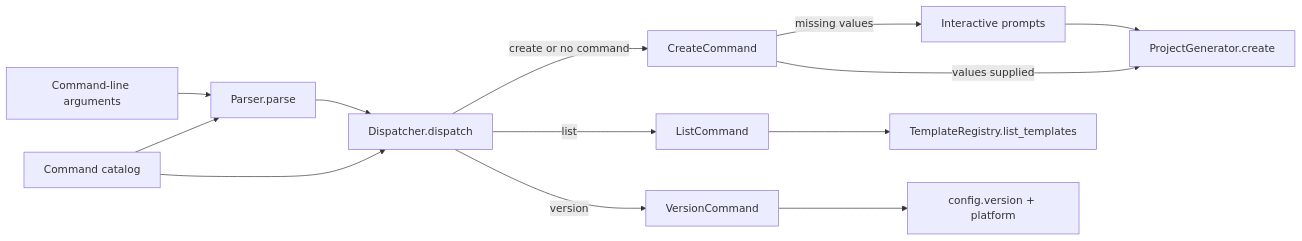
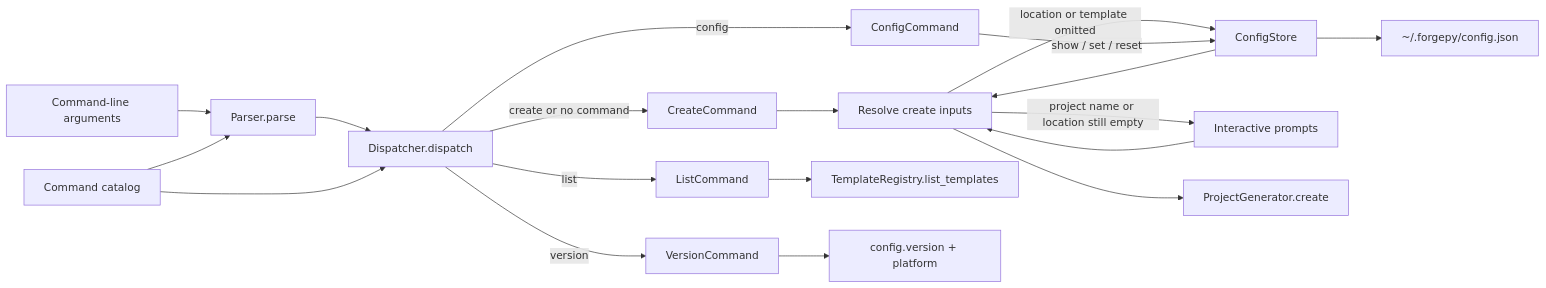
The third of 4 diagrams in ARCHITECTURE.md (rendyzou89/ForgePy), drawn with Mermaid before and after one commit. The commit also changed other lines of this file and 14 other files, not shown here.

Commit message:
feat(config): add persistent user configuration

````diff
--- a/ARCHITECTURE.md
+++ b/ARCHITECTURE.md
@@ -127,15 +168,21 @@
 ```mermaid
 flowchart LR
     Args[Command-line arguments] --> Parse[Parser.parse]
     Catalog[Command catalog] --> Parse
     Parse --> Dispatch[Dispatcher.dispatch]
     Catalog --> Dispatch
     Dispatch -->|create or no command| Create[CreateCommand]
     Dispatch -->|list| List[ListCommand]
     Dispatch -->|version| Version[VersionCommand]
-    Create -->|missing values| Prompt[Interactive prompts]
-    Prompt --> Generator[ProjectGenerator.create]
-    Create -->|values supplied| Generator
+    Dispatch -->|config| Config[ConfigCommand]
+    Create --> Resolve[Resolve create inputs]
+    Resolve -->|location or template omitted| Store[ConfigStore]
+    Store --> Resolve
+    Resolve -->|project name or location still empty| Prompt[Interactive prompts]
+    Prompt --> Resolve
+    Resolve --> Generator[ProjectGenerator.create]
     List --> Registry[TemplateRegistry.list_templates]
     Version --> Metadata[config.version + platform]
+    Config -->|show / set / reset| Store[ConfigStore]
+    Store --> UserFile[~/.forgepy/config.json]
 ```
````
